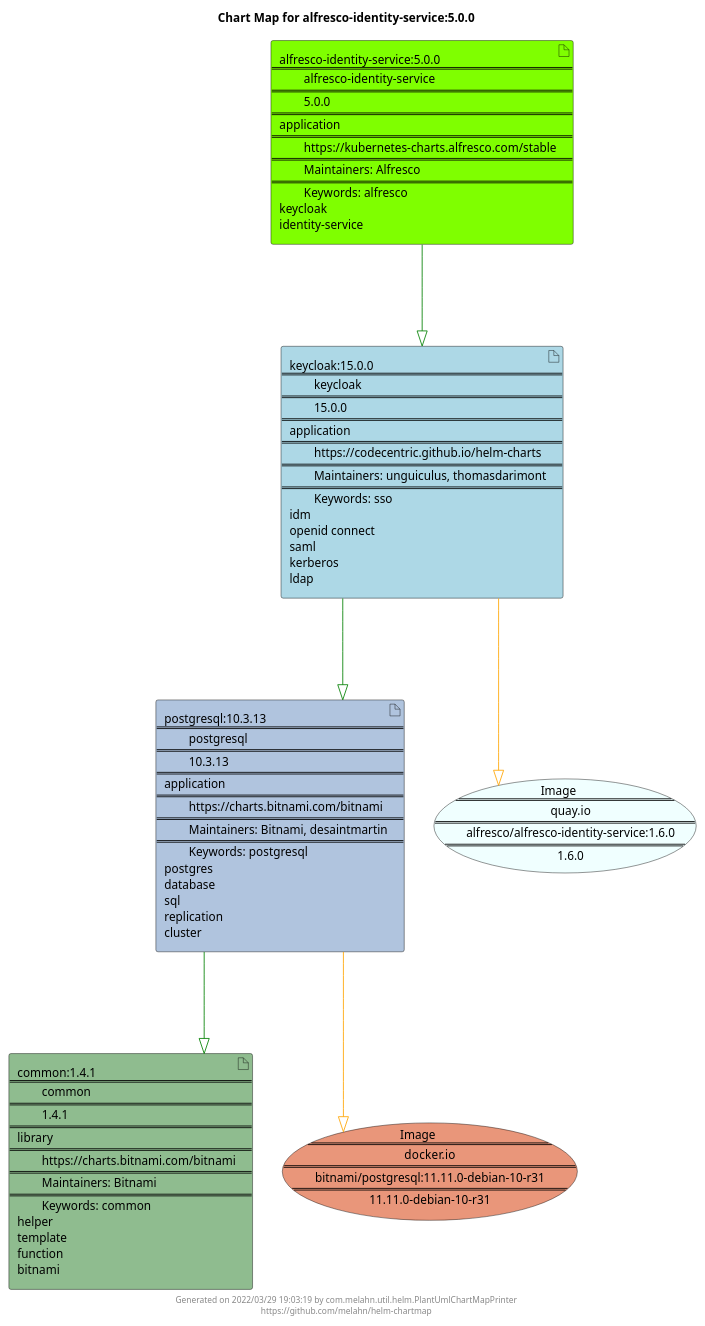
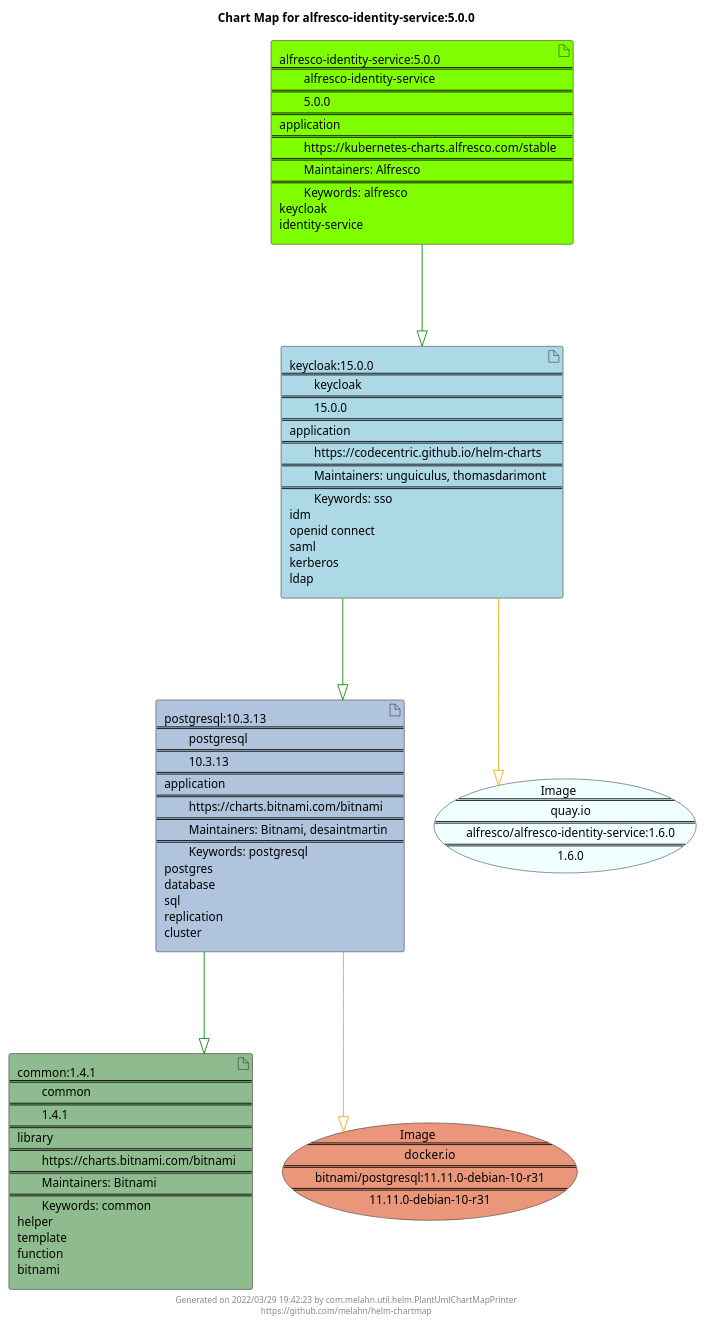
Before and after one commit to melahn/helm-chartmap: the diagram in docs/alfresco-identity-service/alfresco-identity-service-5.0.0.puml, drawn with PlantUML. The commit also changed 51 other files, not shown here.

Commit message:
Update Example Chart Maps as part of GitHub build

```diff
--- a/docs/alfresco-identity-service/alfresco-identity-service-5.0.0.puml
+++ b/docs/alfresco-identity-service/alfresco-identity-service-5.0.0.puml
@@ -1,29 +1,29 @@
 @startuml
 skinparam linetype ortho
 skinparam backgroundColor white
 skinparam usecaseBorderColor black
 skinparam usecaseArrowColor LightSlateGray
 skinparam artifactBorderColor black
 skinparam artifactArrowColor LightSlateGray
 
 title Chart Map for alfresco-identity-service:5.0.0
 
 'There are 4 referenced Helm Charts
 artifact "common:1.4.1\n====\n\tcommon\n====\n\t1.4.1\n====\nlibrary\n====\n\thttps://charts.bitnami.com/bitnami\n====\n\tMaintainers: Bitnami\n====\n\tKeywords: common\nhelper\ntemplate\nfunction\nbitnami" as common_1_4_1 #DarkSeaGreen
 artifact "alfresco-identity-service:5.0.0\n====\n\talfresco-identity-service\n====\n\t5.0.0\n====\napplication\n====\n\thttps://kubernetes-charts.alfresco.com/stable\n====\n\tMaintainers: Alfresco\n====\n\tKeywords: alfresco\nkeycloak\nidentity-service" as alfresco_identity_service_5_0_0 #Chartreuse
 artifact "postgresql:10.3.13\n====\n\tpostgresql\n====\n\t10.3.13\n====\napplication\n====\n\thttps://charts.bitnami.com/bitnami\n====\n\tMaintainers: Bitnami, desaintmartin\n====\n\tKeywords: postgresql\npostgres\ndatabase\nsql\nreplication\ncluster" as postgresql_10_3_13 #LightSteelBlue
 artifact "keycloak:15.0.0\n====\n\tkeycloak\n====\n\t15.0.0\n====\napplication\n====\n\thttps://codecentric.github.io/helm-charts\n====\n\tMaintainers: unguiculus, thomasdarimont\n====\n\tKeywords: sso\nidm\nopenid connect\nsaml\nkerberos\nldap" as keycloak_15_0_0 #LightBlue
 
 'There are 2 referenced Docker Images
 usecase "Image\n====\n\tquay.io\n====\n\talfresco/alfresco-identity-service:1.6.0\n====\n\t1.6.0" as quay_io_alfresco_alfresco_identity_service_1_6_0 #Azure
 usecase "Image\n====\n\tdocker.io\n====\n\tbitnami/postgresql:11.11.0-debian-10-r31\n====\n\t11.11.0-debian-10-r31" as docker_io_bitnami_postgresql_11_11_0_debian_10_r31 #DarkSalmon
 
 'Chart Dependencies
 alfresco_identity_service_5_0_0--[#green]-|>keycloak_15_0_0
 keycloak_15_0_0--[#green]-|>postgresql_10_3_13
 postgresql_10_3_13--[#green]-|>common_1_4_1
 postgresql_10_3_13--[#orange]-|>docker_io_bitnami_postgresql_11_11_0_debian_10_r31
 keycloak_15_0_0--[#orange]-|>quay_io_alfresco_alfresco_identity_service_1_6_0
 
-center footer Generated on 2022/03/29 19:03:19 by com.melahn.util.helm.PlantUmlChartMapPrinter\nhttps://github.com/melahn/helm-chartmap
+center footer Generated on 2022/03/29 19:42:23 by com.melahn.util.helm.PlantUmlChartMapPrinter\nhttps://github.com/melahn/helm-chartmap
 @enduml
```
